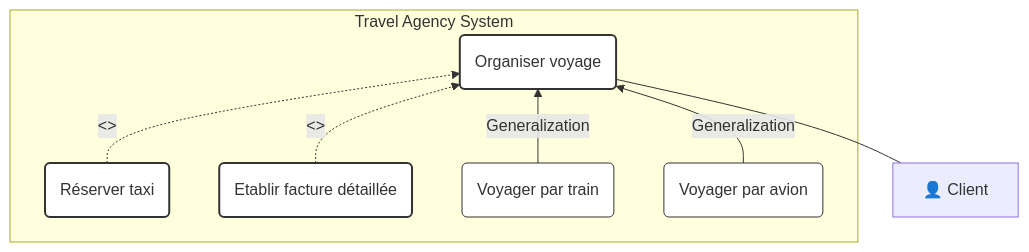
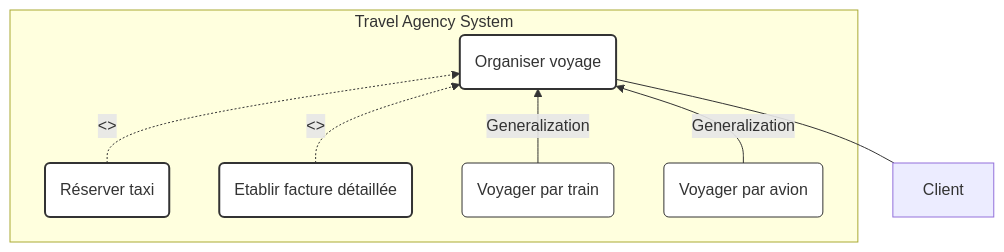
One commit to Vtheonly/Obsidian_Notes changed the tenth of 34 diagrams in Master 1/S2/Advanced Code Patterns/Chapter 1.1: Use Case Diagram/00100 Excercise.md. Above: the diagram before and after it, drawn with Mermaid. The commit also changed other lines of this file and 3934 other files, not shown here.

````diff
--- a/Master 1/S2/Advanced Code Patterns/Chapter 1.1: Use Case Diagram/00100 Excercise.md
+++ b/Master 1/S2/Advanced Code Patterns/Chapter 1.1: Use Case Diagram/00100 Excercise.md
@@ -554,23 +554,23 @@
 ```mermaid
 graph BT
     subgraph Travel Agency System
         UC_Trip(Organiser voyage)
         UC_Taxi(Réserver taxi)
         UC_Invoice(Etablir facture détaillée)
         UC_Train(Voyager par train)
         UC_Plane(Voyager par avion)
         
         UC_Taxi -.->|<<extend>>| UC_Trip
         UC_Invoice -.->|<<extend>>| UC_Trip
         UC_Train -->|Generalization| UC_Trip
         UC_Plane -->|Generalization| UC_Trip
     end
     
-    A_Client["👤 Client"] --- UC_Trip
+    A_Client[" Client"] --- UC_Trip
     
     style UC_Trip fill:#fff,stroke:#333,stroke-width:2px;
     style UC_Taxi fill:#fff,stroke:#333,stroke-width:2px;
     style UC_Invoice fill:#fff,stroke:#333,stroke-width:2px;
     style UC_Train fill:#fff,stroke:#333,stroke-width:1px;
     style UC_Plane fill:#fff,stroke:#333,stroke-width:1px;
 ```
````
